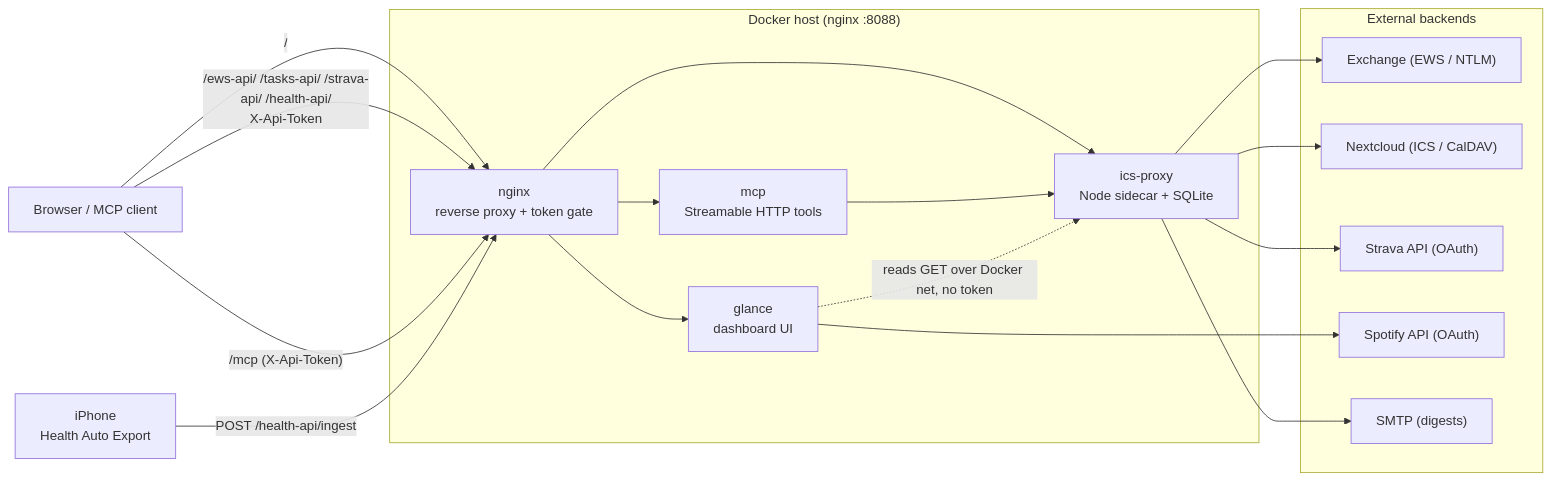
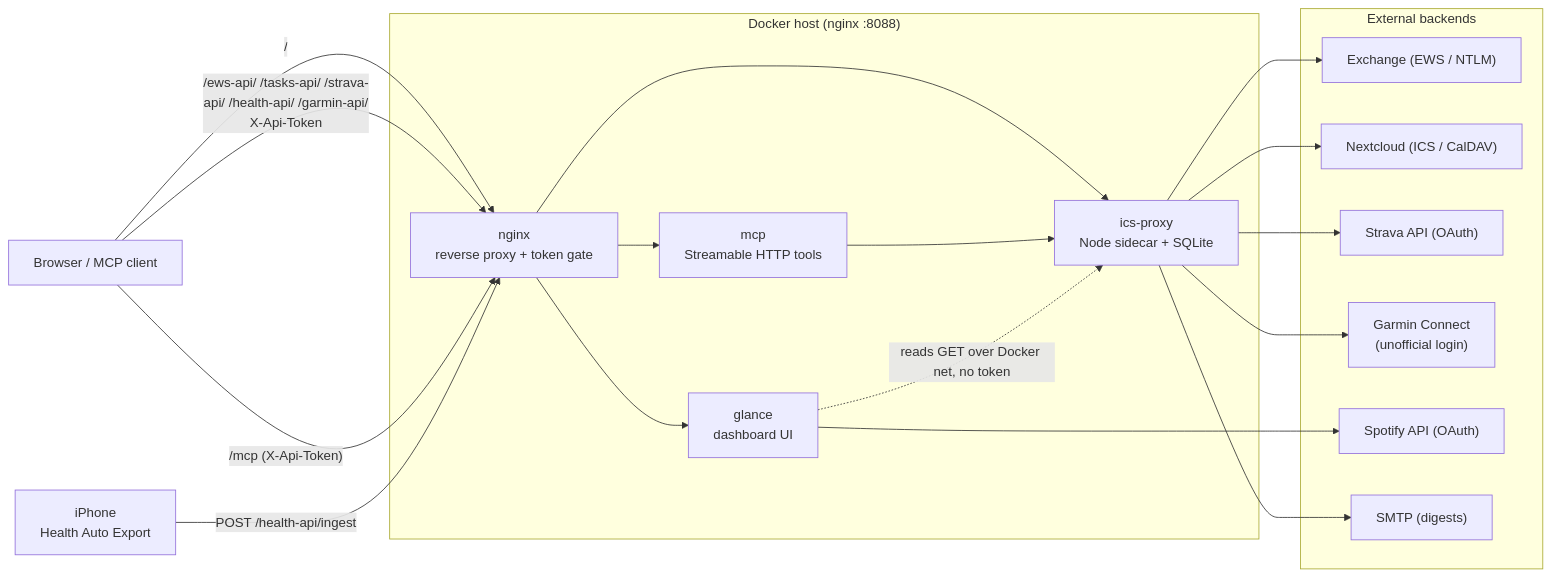
One commit to j551n-ncloud/glance-public changed the diagram in README.md. Above: the diagram before and after it, drawn with Mermaid. The commit also changed other lines of this file and 29 other files, not shown here.

````diff
--- a/README.md
+++ b/README.md
@@ -19,37 +19,39 @@
 ```mermaid
 flowchart LR
   client["Browser / MCP client"]
 
   subgraph host["Docker host (nginx :8088)"]
     nginx["nginx<br/>reverse proxy + token gate"]
     glance["glance<br/>dashboard UI"]
     proxy["ics-proxy<br/>Node sidecar + SQLite"]
     mcp["mcp<br/>Streamable HTTP tools"]
   end
 
   subgraph ext["External backends"]
     ews["Exchange (EWS / NTLM)"]
     ncloud["Nextcloud (ICS / CalDAV)"]
     strava["Strava API (OAuth)"]
+    garmin["Garmin Connect<br/>(unofficial login)"]
     spotify["Spotify API (OAuth)"]
     smtp["SMTP (digests)"]
   end
 
   phone["iPhone<br/>Health Auto Export"]
 
   client -->|"/"| nginx
-  client -->|"/ews-api/ /tasks-api/ /strava-api/ /health-api/<br/>X-Api-Token"| nginx
+  client -->|"/ews-api/ /tasks-api/ /strava-api/ /health-api/ /garmin-api/<br/>X-Api-Token"| nginx
   client -->|"/mcp (X-Api-Token)"| nginx
   nginx --> glance
   nginx --> proxy
   nginx --> mcp
   mcp --> proxy
   glance -.->|"reads GET over Docker net, no token"| proxy
   phone -->|"POST /health-api/ingest"| nginx
 
   proxy --> ews
   proxy --> ncloud
   proxy --> strava
+  proxy --> garmin
   proxy --> smtp
   glance --> spotify
 ```
````
